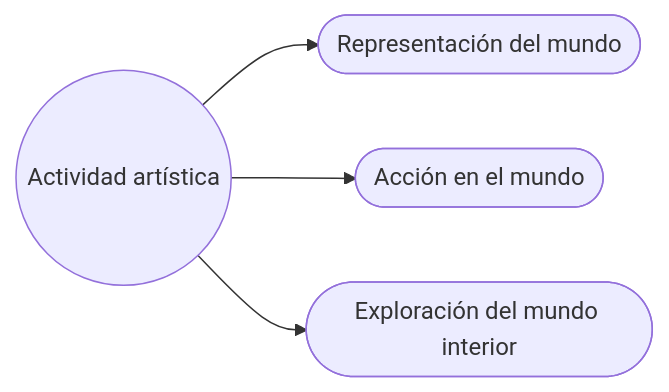
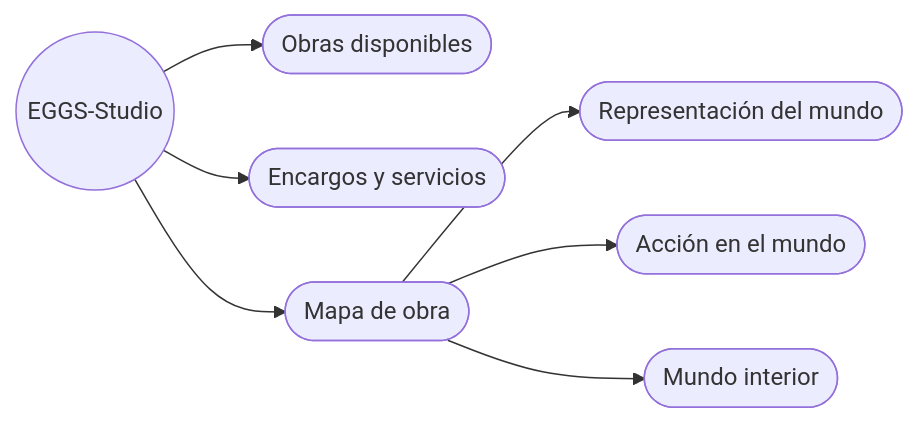
One commit to EGGS-Artesvisuales/EGGS-Artesvisuales.github.io changed the diagram in ES/index.md. Above: the diagram before and after it, drawn with Mermaid. The commit also changed other lines of this file, not shown here.

```diff
--- a/ES/index.md
+++ b/ES/index.md
@@ -36,15 +61,21 @@
 <div class="mermaid">
 flowchart LR
-  principal(("Actividad artística"))
-  representacion(["Representación del mundo"])
-  accion(["Acción en el mundo"])
-  interior(["Exploración del mundo interior"])
+  principal(("EGGS-Studio"))
+  tienda(["Obras disponibles"])
+  servicios(["Encargos y servicios"])
+  mapa(["Mapa de obra"])
 
-  principal --> representacion
-  principal --> accion
-  principal --> interior
+  principal --> tienda
+  principal --> servicios
+  principal --> mapa
 
+  mapa --> representacion(["Representación del mundo"])
+  mapa --> accion(["Acción en el mundo"])
+  mapa --> interior(["Mundo interior"])
+
+  click tienda "/ES/tienda.html#impresiones-y-fotografia" "Ir a obras disponibles"
+  click servicios "/ES/servicios.html" "Ir a servicios"
   click representacion "/ES/mundo-exterior.html" "Ir a Representación del mundo"
   click accion "/ES/accion.html" "Ir a Acción en el mundo"
   click interior "/ES/interior.html" "Ir a Mundo interior"
 </div>
```
